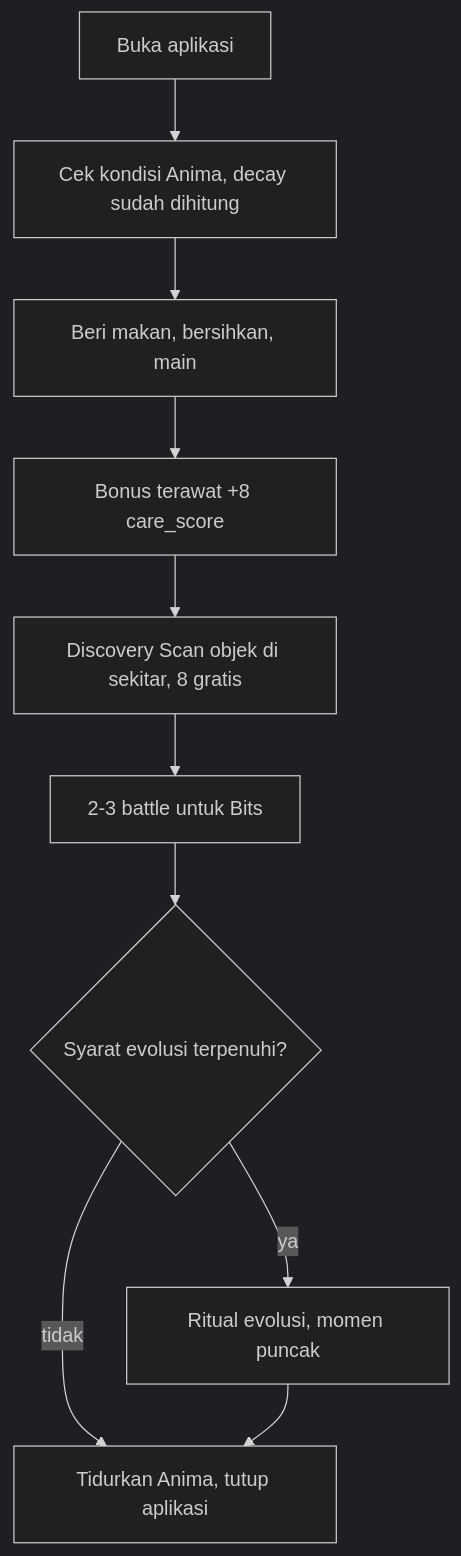
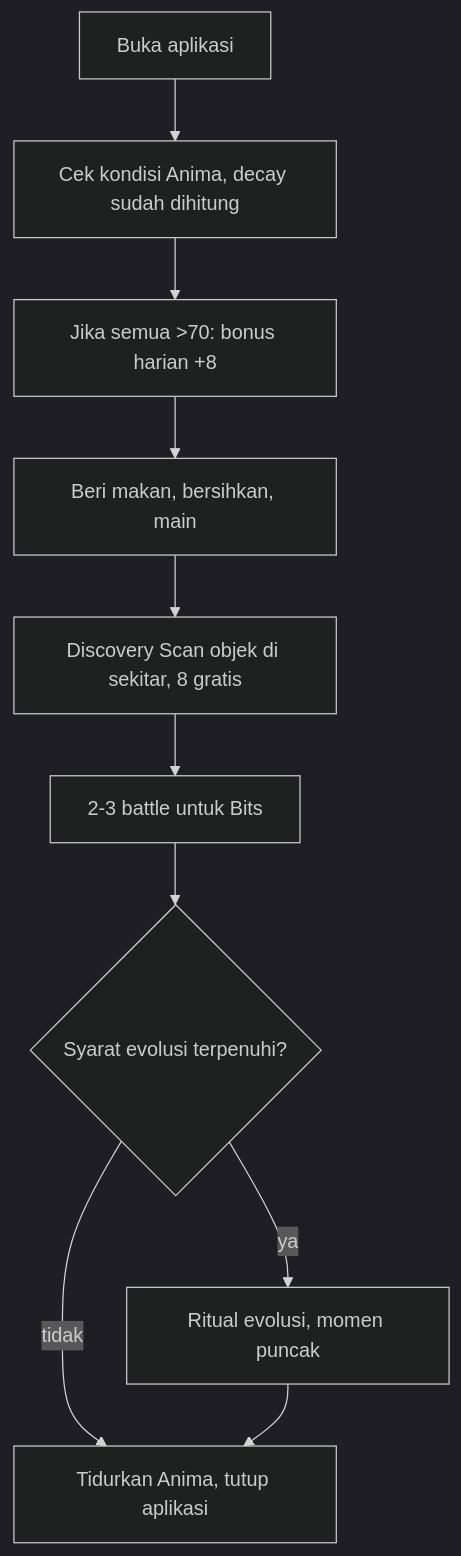
One commit to ryansetia1/Scanima changed the fourth of 4 diagrams in docs/04-game-systems-economy.md. Above: the diagram before and after it, drawn with Mermaid (dark theme). The commit also changed other lines of this file and 20 other files, not shown here.

````diff
--- a/docs/04-game-systems-economy.md
+++ b/docs/04-game-systems-economy.md
@@ -326,12 +335,12 @@
 ```mermaid
 graph TD
     Buka["Buka aplikasi"] --> Cek["Cek kondisi Anima, decay sudah dihitung"]
-    Cek --> Rawat["Beri makan, bersihkan, main"]
-    Rawat --> Bonus["Bonus terawat +8 care_score"]
-    Bonus --> Scan["Discovery Scan objek di sekitar, 8 gratis"]
+    Cek --> Bonus["Jika semua >70: bonus harian +8"]
+    Bonus --> Rawat["Beri makan, bersihkan, main"]
+    Rawat --> Scan["Discovery Scan objek di sekitar, 8 gratis"]
     Scan --> Battle["2-3 battle untuk Bits"]
     Battle --> Evo{"Syarat evolusi terpenuhi?"}
     Evo -->|ya| Ritual["Ritual evolusi, momen puncak"]
     Evo -->|tidak| Tidur["Tidurkan Anima, tutup aplikasi"]
     Ritual --> Tidur
 ```
````
